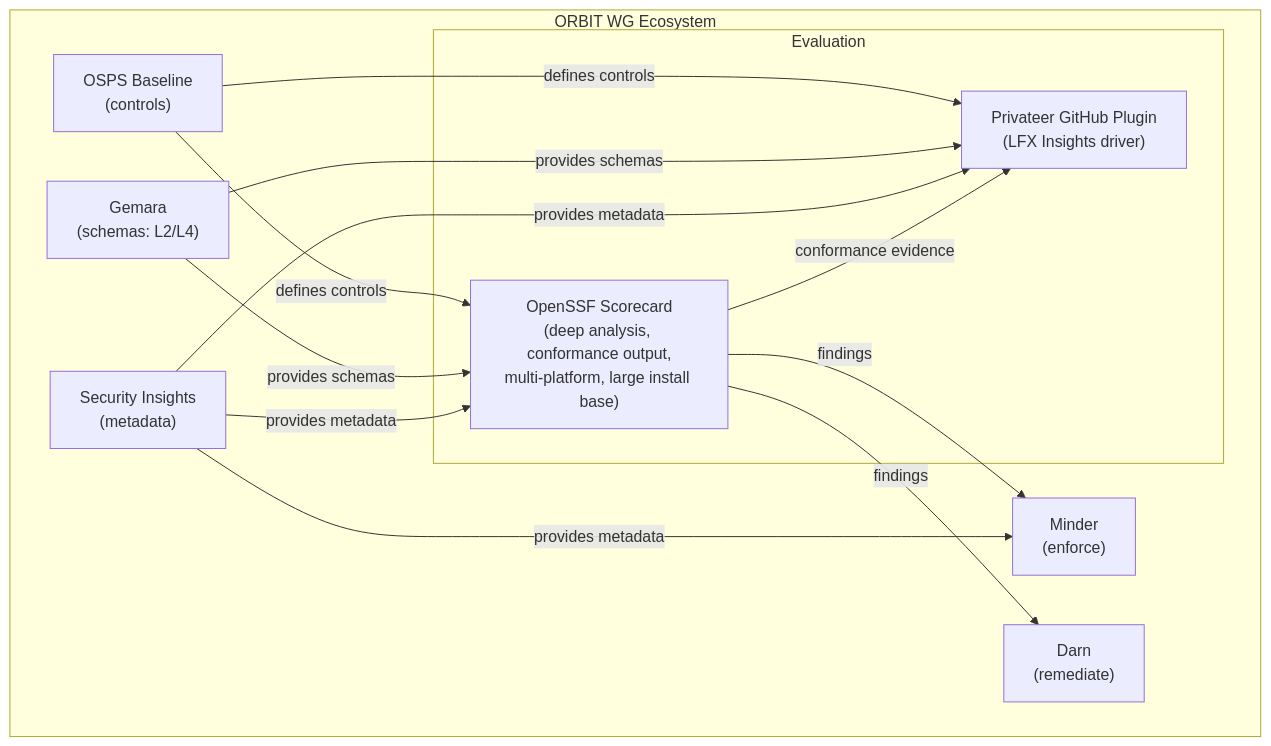
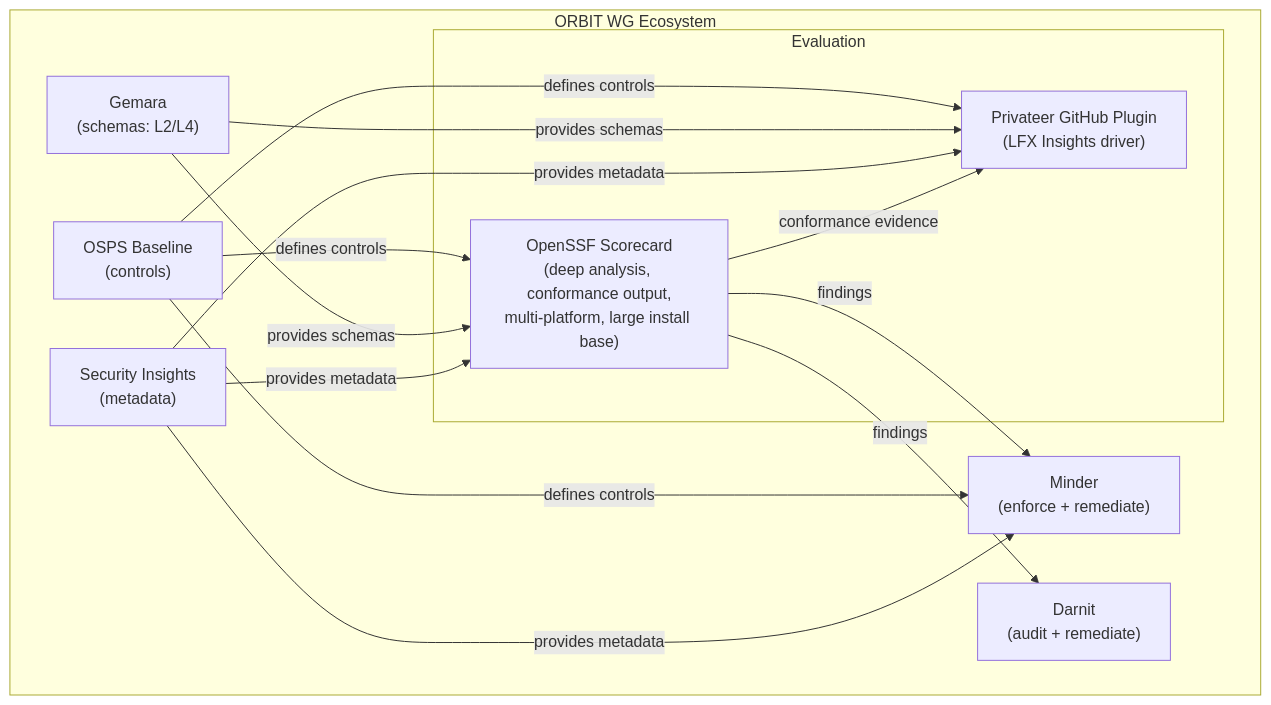
The second of 2 diagrams in openspec/changes/osps-baseline-conformance/proposal.md (ossf/scorecard), drawn with Mermaid before and after one commit. The commit also changed other lines of this file and 1 other file, not shown here.

First line of the commit message:
:seedling: Fix Darn→Darnit references; add Minder to ecosystem comparison

````diff
--- a/openspec/changes/osps-baseline-conformance/proposal.md
+++ b/openspec/changes/osps-baseline-conformance/proposal.md
@@ -197,27 +198,28 @@
 ```mermaid
 flowchart TD
     subgraph ORBIT["ORBIT WG Ecosystem"]
         Baseline["OSPS Baseline<br/>(controls)"]
         Gemara["Gemara<br/>(schemas: L2/L4)"]
         SI["Security Insights<br/>(metadata)"]
 
         subgraph Evaluation["Evaluation"]
             Privateer["Privateer GitHub Plugin<br/>(LFX Insights driver)"]
             Scorecard["OpenSSF Scorecard<br/>(deep analysis, conformance output,<br/>multi-platform, large install base)"]
         end
 
-        Minder["Minder<br/>(enforce)"]
-        Darn["Darn<br/>(remediate)"]
+        Minder["Minder<br/>(enforce + remediate)"]
+        Darnit["Darnit<br/>(audit + remediate)"]
     end
 
     Baseline -->|defines controls| Privateer
     Baseline -->|defines controls| Scorecard
+    Baseline -->|defines controls| Minder
     Gemara -->|provides schemas| Privateer
     Gemara -->|provides schemas| Scorecard
     SI -->|provides metadata| Privateer
     SI -->|provides metadata| Scorecard
     SI -->|provides metadata| Minder
     Scorecard -->|conformance evidence| Privateer
     Scorecard -->|findings| Minder
-    Scorecard -->|findings| Darn
+    Scorecard -->|findings| Darnit
 ```
````
